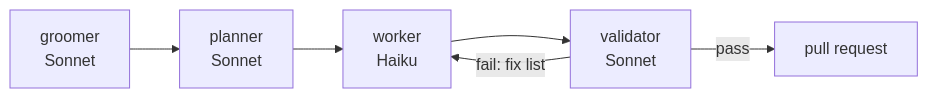
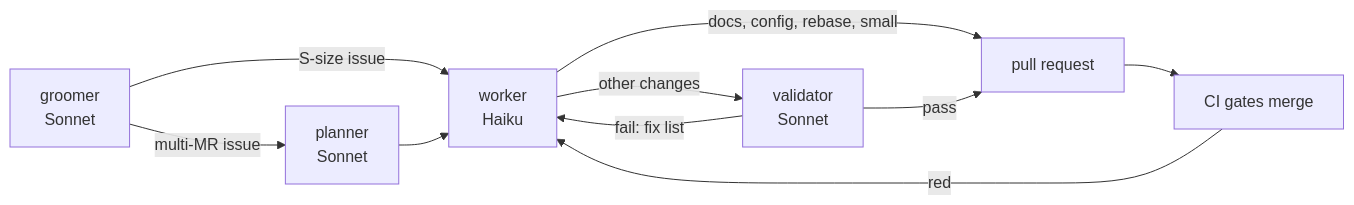
One commit to MaxBernstetter/investment-copilot changed the diagram in docs/development/03-agent-harness.md. Above: the diagram before and after it, drawn with Mermaid. The commit also changed other lines of this file and 3 other files, not shown here.

````diff
--- a/docs/development/03-agent-harness.md
+++ b/docs/development/03-agent-harness.md
@@ -19,6 +19,11 @@
 ```mermaid
 flowchart LR
-  G[groomer<br/>Sonnet] --> P[planner<br/>Sonnet] --> W[worker<br/>Haiku] --> V[validator<br/>Sonnet]
+  G[groomer<br/>Sonnet] -- S-size issue --> W[worker<br/>Haiku]
+  G -- multi-MR issue --> P[planner<br/>Sonnet] --> W
+  W -- docs, config, rebase, small --> PR[pull request]
+  W -- other changes --> V[validator<br/>Sonnet]
   V -- fail: fix list --> W
-  V -- pass --> PR[pull request]
+  V -- pass --> PR
+  PR --> CI[CI gates merge]
+  CI -- red --> W
 ```
````
